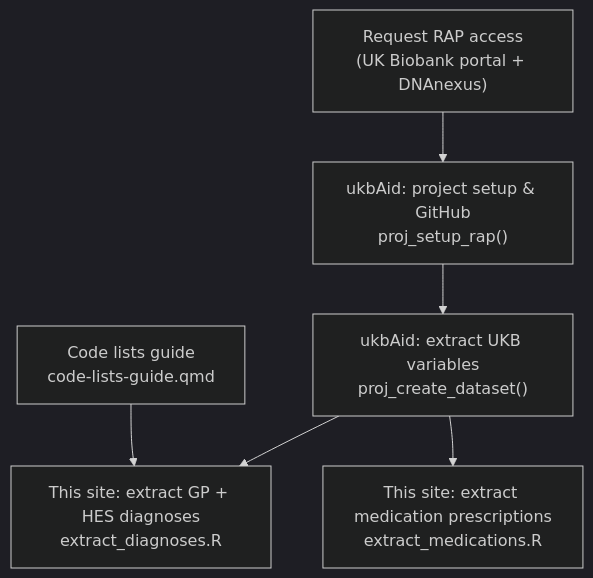
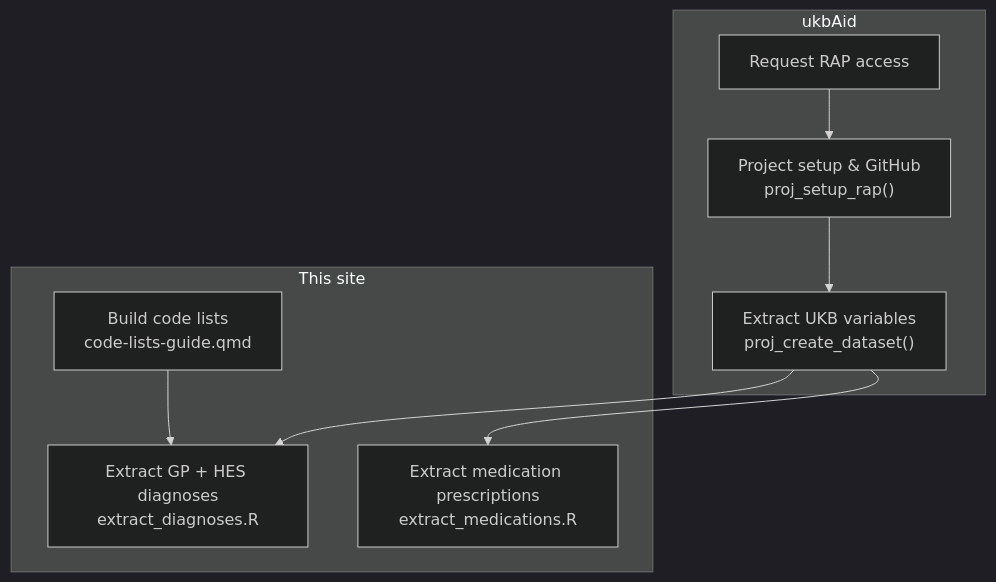
One commit to saras-clin/UKB_help changed the diagram in docs/index.qmd. Above: the diagram before and after it, drawn with Mermaid (dark theme). The commit also changed 1 other file, not shown here.

Commit message:
Fix diagram grouping and remove redundant function guide headline
- Redesign diagram with subgraphs: ukbAid box (RAP access, project setup, variable extraction) and This site box (code lists guide, extract_diagnoses.R, extract_medications.R) — makes the two tools immediately distinguishable
- Restore Request RAP access and Build code lists to diagram (both are genuine contributions of their respective tools)
- Remove "Nine important functions — start here" callout title from guide-to-functions.qmd

````diff
--- a/docs/index.qmd
+++ b/docs/index.qmd
@@ -123,9 +123,19 @@
 ```{mermaid}
 flowchart TD
-    A["Request RAP access<br/>(UK Biobank portal + DNAnexus)"]
-    A --> B["ukbAid: project setup & GitHub<br/>proj_setup_rap()"]
-    B --> C["ukbAid: extract UKB variables<br/>proj_create_dataset()"]
-    C --> D["This site: extract GP + HES diagnoses<br/>extract_diagnoses.R"]
-    C --> E["This site: extract medication prescriptions<br/>extract_medications.R"]
-    F["Code lists guide<br/>code-lists-guide.qmd"] --> D
+    subgraph ukbaid ["ukbAid"]
+        A["Request RAP access"]
+        B["Project setup & GitHub<br/>proj_setup_rap()"]
+        C["Extract UKB variables<br/>proj_create_dataset()"]
+        A --> B --> C
+    end
+
+    subgraph site ["This site"]
+        D["Build code lists<br/>code-lists-guide.qmd"]
+        E["Extract GP + HES diagnoses<br/>extract_diagnoses.R"]
+        F["Extract medication prescriptions<br/>extract_medications.R"]
+        D --> E
+    end
+
+    C --> E
+    C --> F
 ```
````
